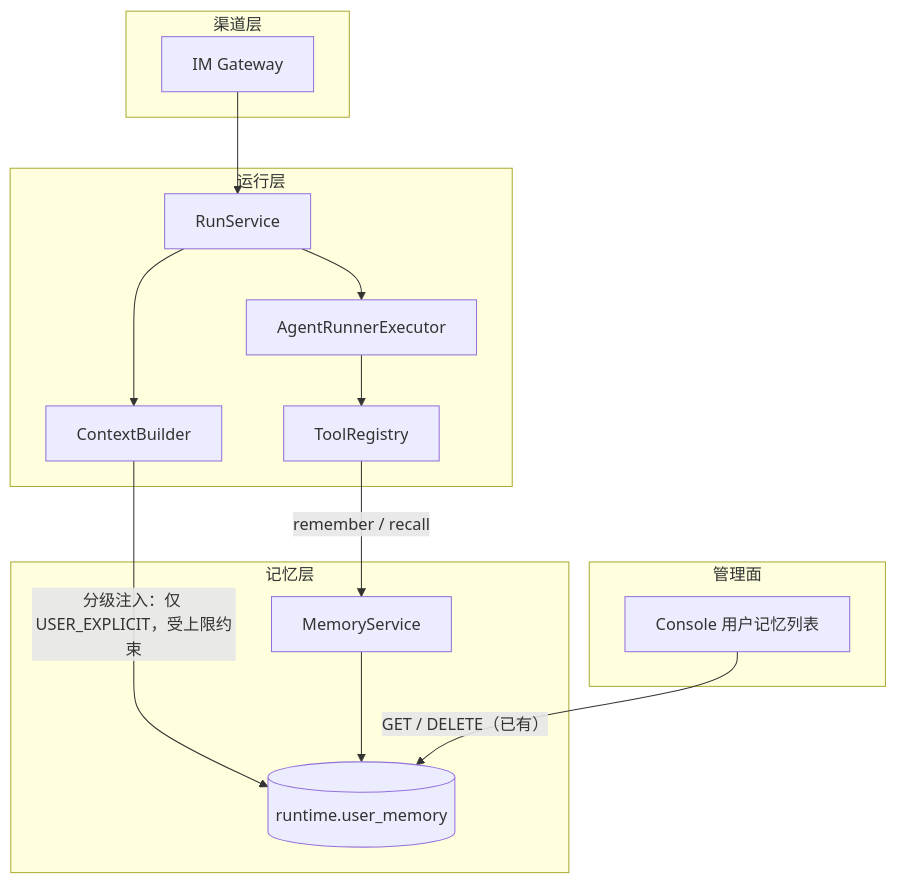
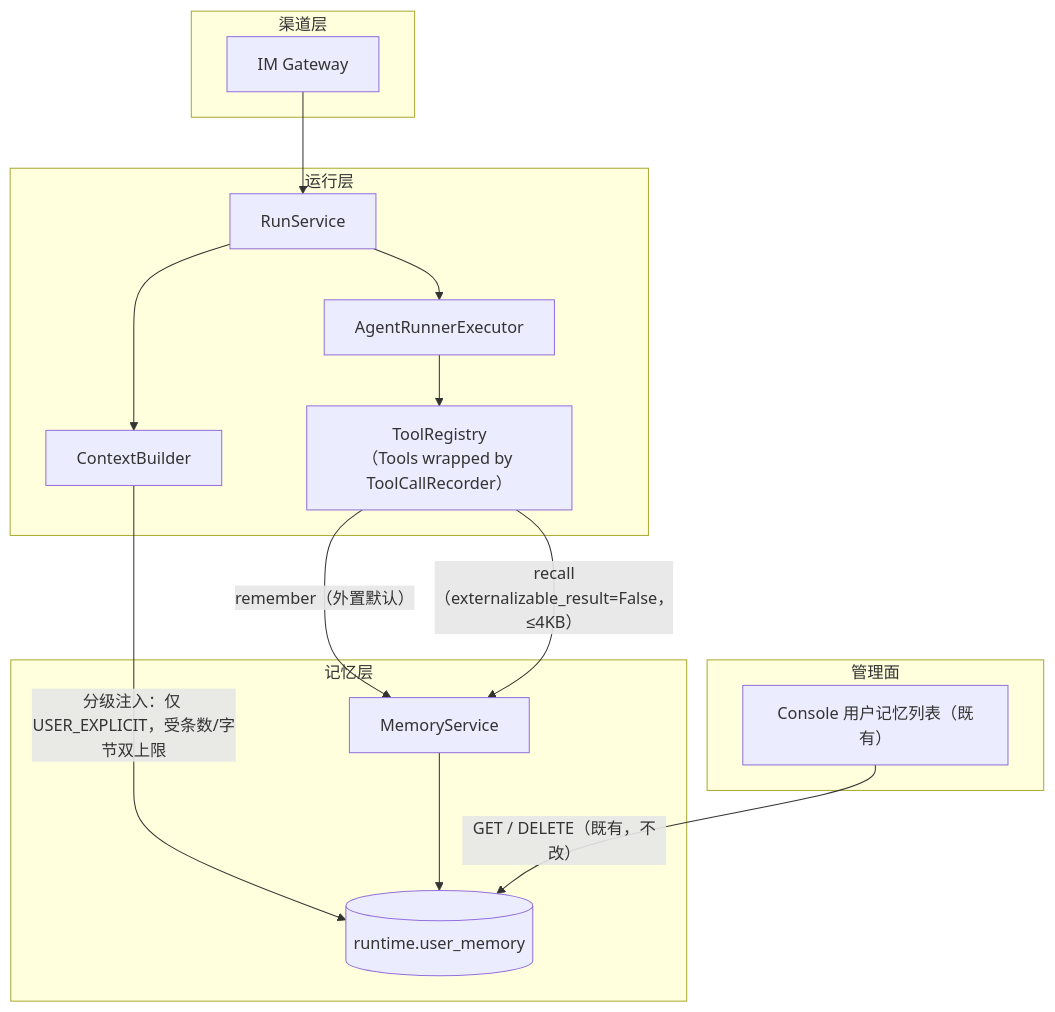
One commit to Michaelxwb/fluxion-harness changed the first of 2 diagrams in .code-flow/tasks/2026-10-01/16-agent-memory/16-agent-memory.design.md. Above: the diagram before and after it, drawn with Mermaid. The commit also changed other lines of this file and 5 other files, not shown here.

````diff
--- a/.code-flow/tasks/2026-10-01/16-agent-memory/16-agent-memory.design.md
+++ b/.code-flow/tasks/2026-10-01/16-agent-memory/16-agent-memory.design.md
@@ -235,25 +272,26 @@
 ```mermaid
 graph TB
     subgraph "渠道层"
         IM["IM Gateway"]
     end
     subgraph "运行层"
         RS["RunService"]
         CB["ContextBuilder"]
         EX["AgentRunnerExecutor"]
-        TR["ToolRegistry"]
+        TR["ToolRegistry<br/>（Tools wrapped by ToolCallRecorder）"]
     end
     subgraph "记忆层"
         MS["MemoryService"]
         UM[("runtime.user_memory")]
     end
     subgraph "管理面"
-        CS["Console 用户记忆列表"]
+        CS["Console 用户记忆列表（既有）"]
     end
     IM --> RS --> EX --> TR
     RS --> CB
-    CB -->|"分级注入：仅 USER_EXPLICIT，受上限约束"| UM
-    TR -->|"remember / recall"| MS
+    CB -->|"分级注入：仅 USER_EXPLICIT，受条数/字节双上限"| UM
+    TR -->|"remember（外置默认）"| MS
+    TR -->|"recall（externalizable_result=False，≤4KB）"| MS
     MS --> UM
-    CS -->|"GET / DELETE（已有）"| UM
+    CS -->|"GET / DELETE（既有，不改）"| UM
 ```
````
